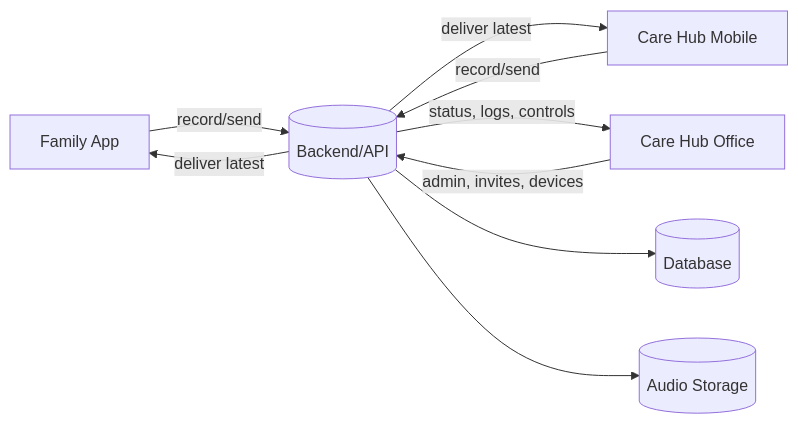
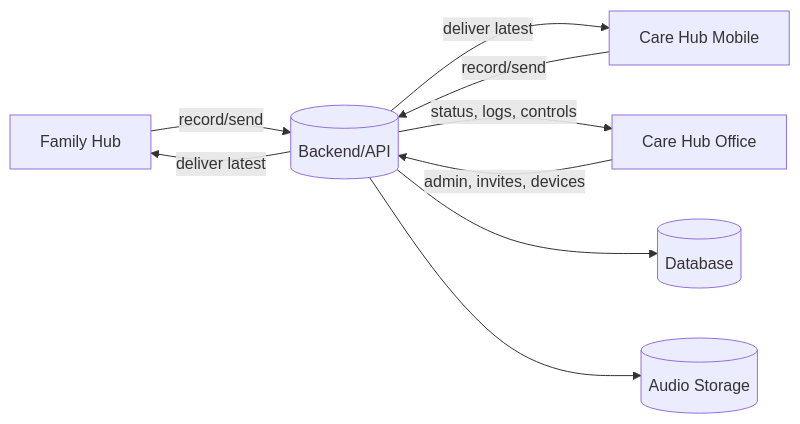
The first of 4 diagrams in docs/SYSTEM_OVERVIEW.md (Quailemu/family-updates), drawn with Mermaid before and after one commit. The commit also changed 29 other files, not shown here.

Commit message:
"rename_family_interface_to_family_hub_across_docs_and_ui"

````diff
--- a/docs/SYSTEM_OVERVIEW.md
+++ b/docs/SYSTEM_OVERVIEW.md
@@ -9,14 +9,14 @@
 ```mermaid
 flowchart LR
-  F[Family App] -->|record/send| API[(Backend/API)]
+  F[Family Hub] -->|record/send| API[(Backend/API)]
   API -->|deliver latest| F
 
   M[Care Hub Mobile] -->|record/send| API
   API -->|deliver latest| M
 
   O[Care Hub Office] -->|admin, invites, devices| API
   API -->|status, logs, controls| O
 
   API --> DB[(Database)]
   API --> ST[(Audio Storage)]
 ```
````
